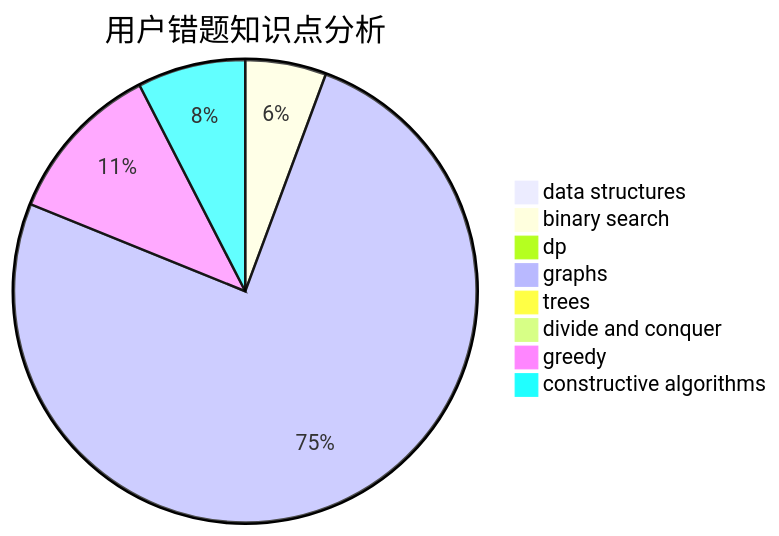
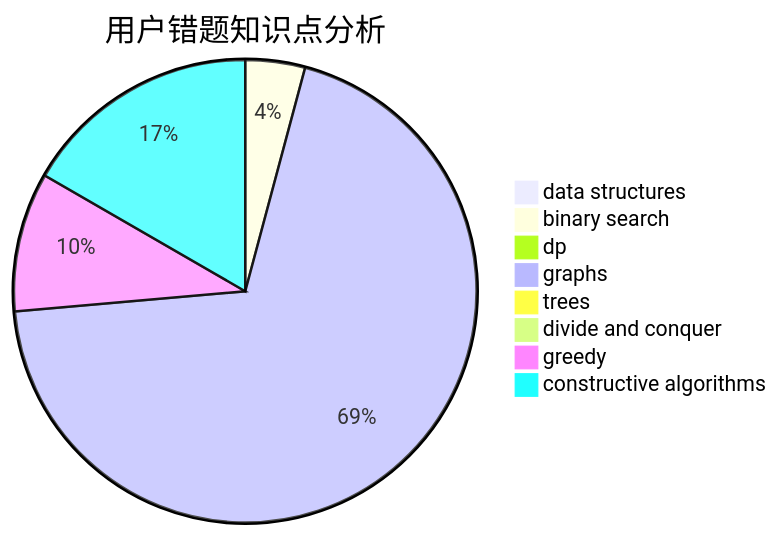
The third of 3 diagrams in docs/user/u2695.md (sherpahu/cfrs.github.io), drawn with Mermaid before and after one commit. The commit also changed other lines of this file and 2770 other files, not shown here.

````diff
--- a/docs/user/u2695.md
+++ b/docs/user/u2695.md
@@ -36,11 +36,11 @@
 ```mermaid
 pie title 用户错题知识点分析
     "data structures" :  0
     "binary search" :  3
     "dp" :  0
-    "graphs" :  40
+    "graphs" :  50
     "trees" :  0
     "divide and conquer" :  0
-    "greedy" :  6
-    "constructive algorithms" :  4
+    "greedy" :  7
+    "constructive algorithms" :  12
 ```
````
